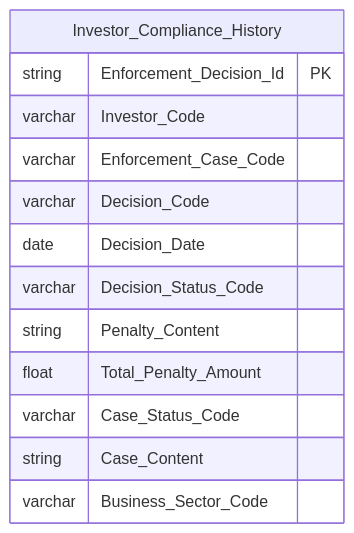
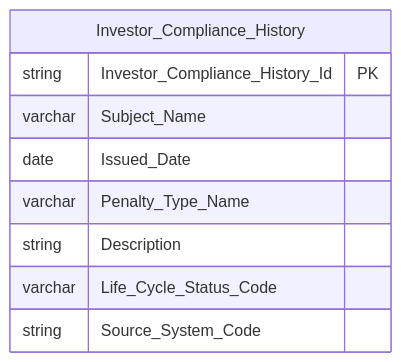
One commit to linhlvit/ubck_atomic_design changed diagram 21 of 27 in Datamart/hld/DTM_NDTNN_HLD.md. Above: the diagram before and after it, drawn with Mermaid. The commit also changed other lines of this file and 19 other files, not shown here.

````diff
--- a/Datamart/hld/DTM_NDTNN_HLD.md
+++ b/Datamart/hld/DTM_NDTNN_HLD.md
@@ -980,16 +1028,12 @@
 ```mermaid
 erDiagram
     Investor_Compliance_History {
-        string Enforcement_Decision_Id PK
-        varchar Investor_Code
-        varchar Enforcement_Case_Code
-        varchar Decision_Code
-        date Decision_Date
-        varchar Decision_Status_Code
-        string Penalty_Content
-        float Total_Penalty_Amount
-        varchar Case_Status_Code
-        string Case_Content
-        varchar Business_Sector_Code
+        string Investor_Compliance_History_Id PK
+        varchar Subject_Name
+        date Issued_Date
+        varchar Penalty_Type_Name
+        string Description
+        varchar Life_Cycle_Status_Code
+        string Source_System_Code
     }
 ```
````
